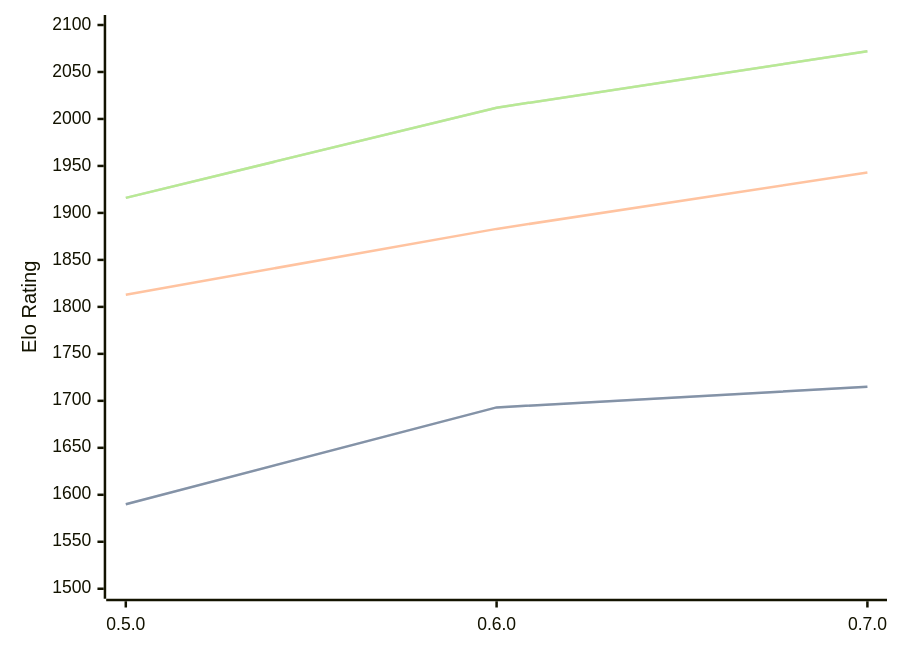
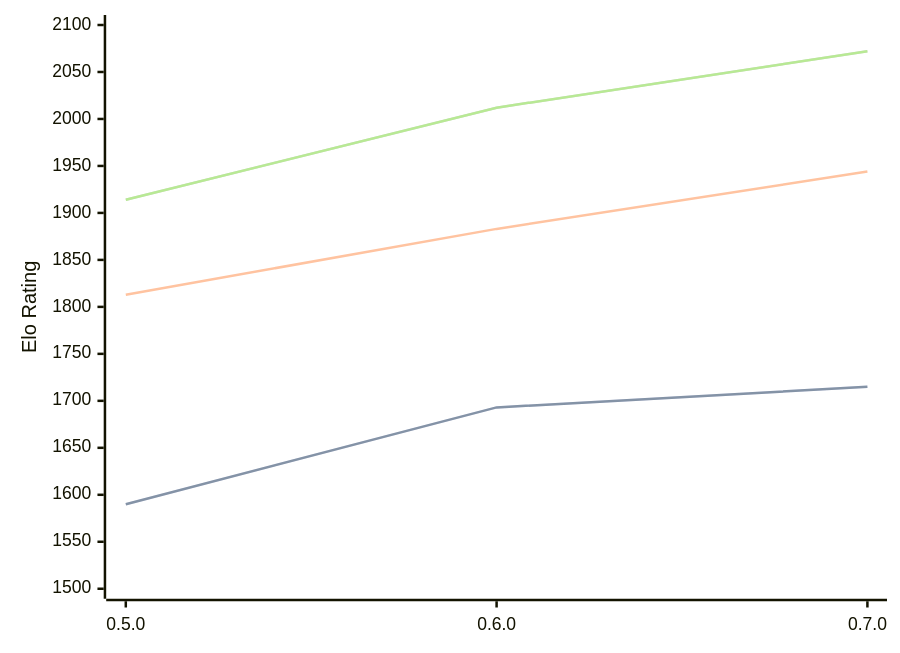
Before and after one commit to computer-chess-index/cci: the diagram in engines/Chess-rs.md, drawn with Mermaid. The commit also changed other lines of this file, not shown here.

Commit message:
Update CCI Ratings (ELO VLTC) - 2026-04-28

````diff
--- a/engines/Chess-rs.md
+++ b/engines/Chess-rs.md
@@ -41,11 +41,11 @@
 ```mermaid
 %%{init: {"theme":"base","themeVariables":{"seriesColors:['#a3a3a3','#222221','#faa371']}}}%%
 xychart-beta
   x-axis ["0.5.0", "0.6.0", "0.7.0"]
   y-axis "Elo Rating" 1500 --> 2100
   line "STC (8.0+0.08s)" [1590, 1693, 1715]
   line "STC (8.0+0.08s)" [1590, 1693, 1715]
-  line "LTC (60.0+0.60s)" [1813, 1883, 1943]
-  line "VLTC (2m24s+1.12s)" [1916, 2012, 2072]
-  line "VLTC (2m24s+1.12s)" [1916, 2012, 2072]
+  line "LTC (60.0+0.60s)" [1813, 1883, 1944]
+  line "VLTC (2m24s+1.12s)" [1914, 2012, 2072]
+  line "VLTC (2m24s+1.12s)" [1914, 2012, 2072]
 ```
````
